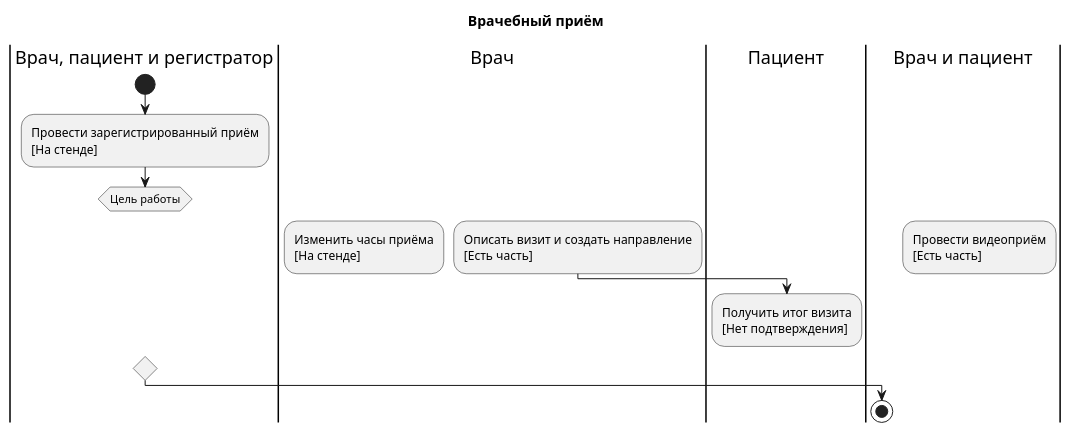
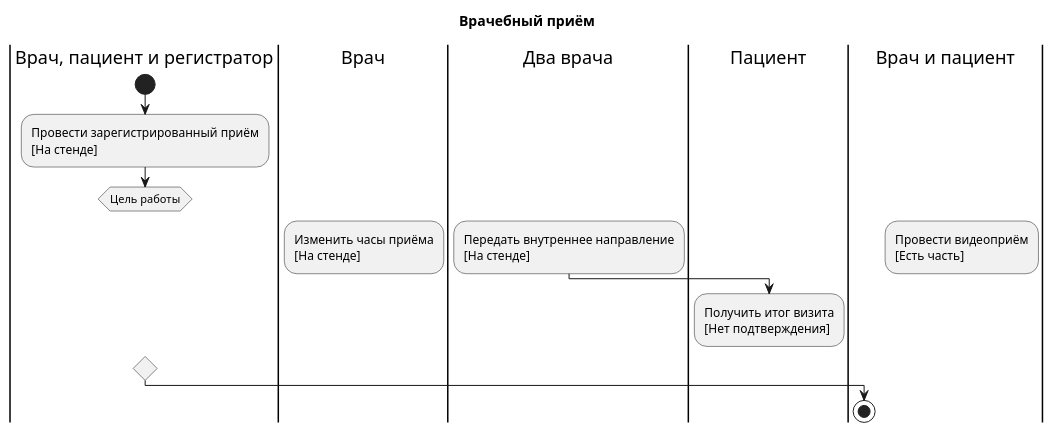
One commit to medbookdev/medbook-readiness changed the third of 10 diagrams in medbook-full.puml. Above: the diagram before and after it, drawn with PlantUML. The commit also changed 11 other files, not shown here.

```diff
--- a/medbook-full.puml
+++ b/medbook-full.puml
@@ -58,22 +58,22 @@
 @startuml medbook-visit
 skinparam shadowing false
 title Врачебный приём
 |Врач, пациент и регистратор|
 start
 |Врач, пациент и регистратор|
 :Провести зарегистрированный приём\n[На стенде];
 switch (Цель работы)
 case (Расписание)
 |Врач|
 :Изменить часы приёма\n[На стенде];
 case (Приём)
-|Врач|
-:Описать визит и создать направление\n[Есть часть];
+|Два врача|
+:Передать внутреннее направление\n[На стенде];
 |Пациент|
 :Получить итог визита\n[Нет подтверждения];
 case (Видеоконсультация)
 |Врач и пациент|
 :Провести видеоприём\n[Есть часть];
 endswitch
 stop
 @enduml
```
